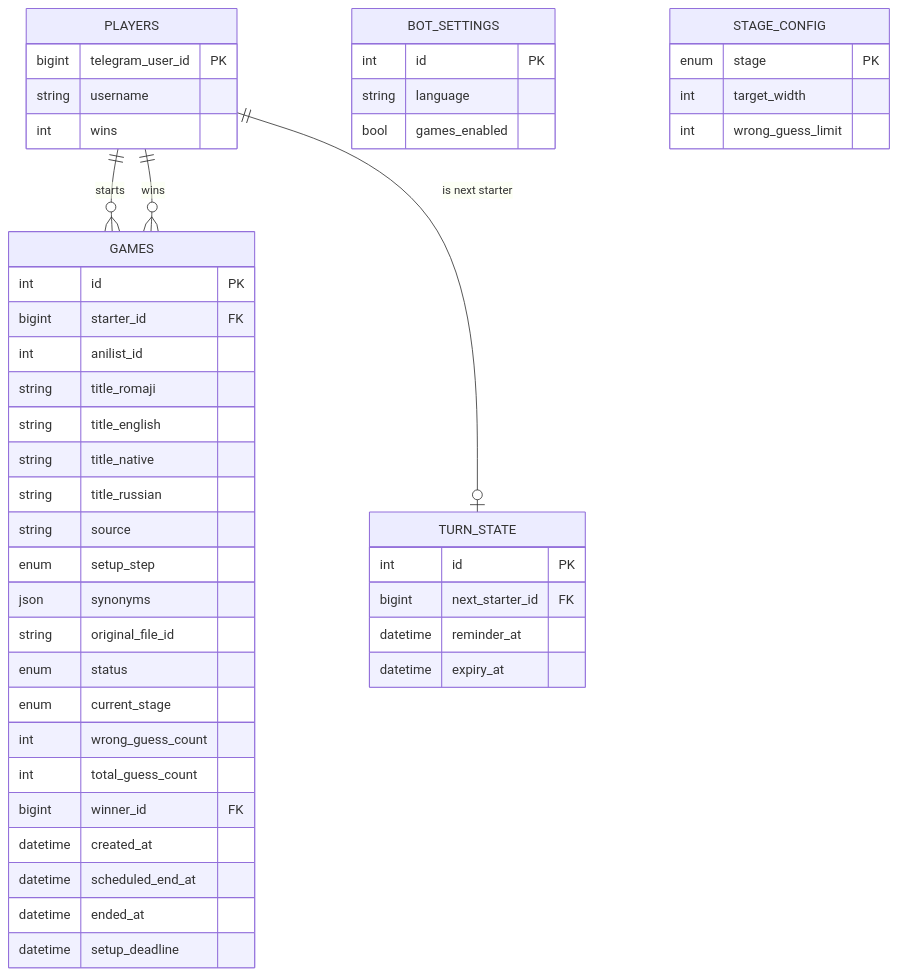
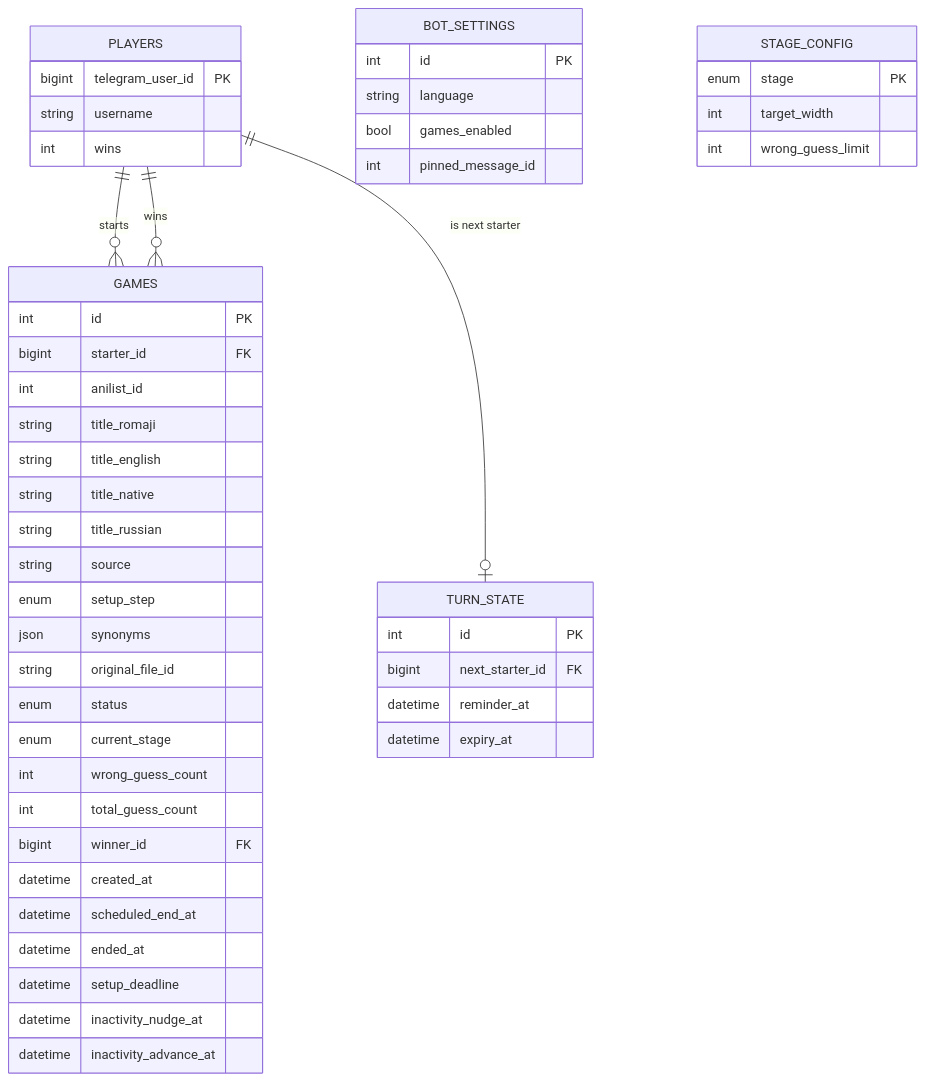
Before and after one commit to sm-steel/nani-pix-bot: the second of 2 diagrams in ARCHITECTURE.md, drawn with Mermaid. The commit also changed other lines of this file and 3 other files, not shown here.

````diff
--- a/ARCHITECTURE.md
+++ b/ARCHITECTURE.md
@@ -102,50 +108,53 @@
 ```mermaid
 erDiagram
     PLAYERS ||--o{ GAMES : starts
     PLAYERS ||--o{ GAMES : wins
     PLAYERS ||--o| TURN_STATE : "is next starter"
 
     PLAYERS {
         bigint telegram_user_id PK
         string username
         int wins
     }
     GAMES {
         int id PK
         bigint starter_id FK
         int anilist_id
         string title_romaji
         string title_english
         string title_native
         string title_russian
         string source
         enum setup_step
         json synonyms
         string original_file_id
         enum status
         enum current_stage
         int wrong_guess_count
         int total_guess_count
         bigint winner_id FK
         datetime created_at
         datetime scheduled_end_at
         datetime ended_at
         datetime setup_deadline
+        datetime inactivity_nudge_at
+        datetime inactivity_advance_at
     }
     TURN_STATE {
         int id PK
         bigint next_starter_id FK
         datetime reminder_at
         datetime expiry_at
     }
     BOT_SETTINGS {
         int id PK
         string language
         bool games_enabled
+        int pinned_message_id
     }
     STAGE_CONFIG {
         enum stage PK
         int target_width
         int wrong_guess_limit
     }
 ```
````
